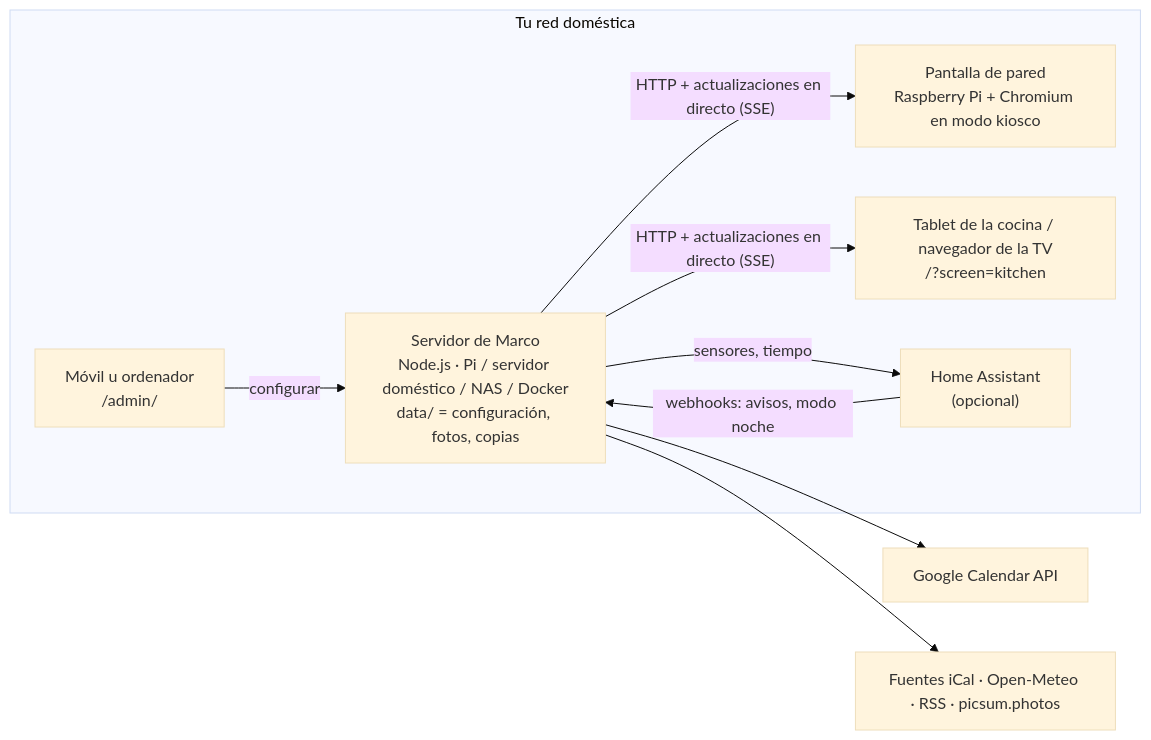
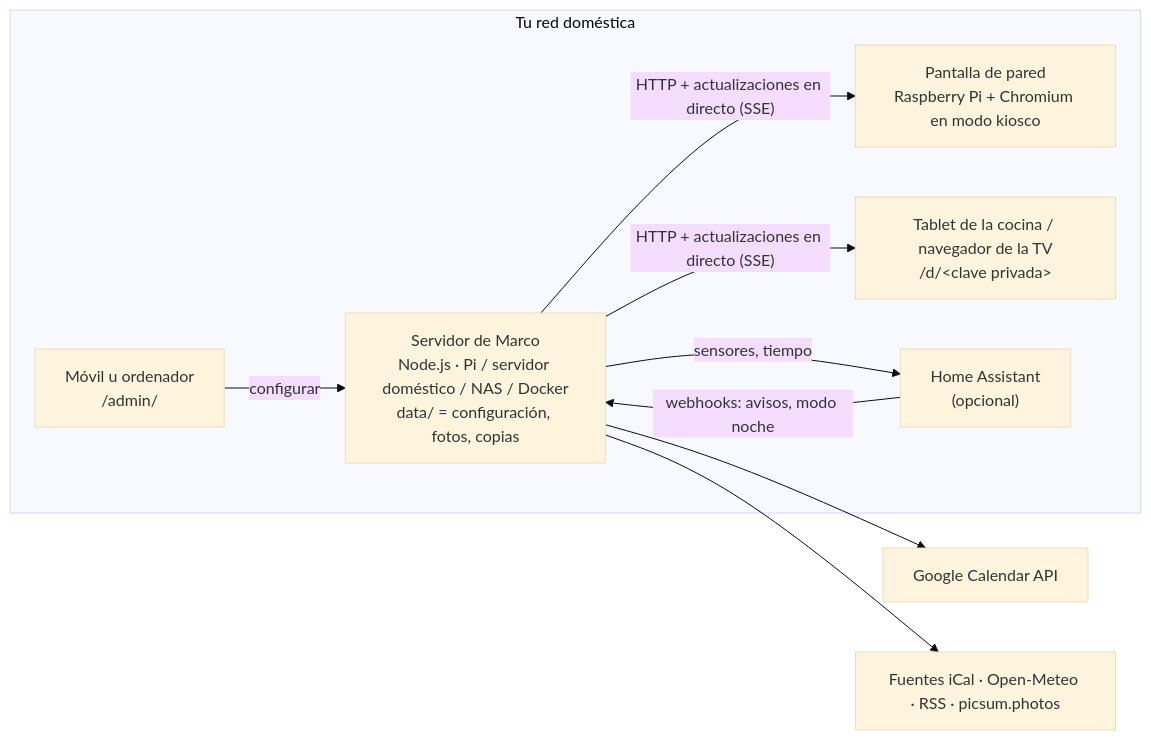
The diagram in README.es.md (jhonatanosanchez/marco), drawn with Mermaid (base theme) before and after one commit. The commit also changed other lines of this file and 58 other files, not shown here.

````diff
--- a/README.es.md
+++ b/README.es.md
@@ -123,20 +126,20 @@
 ```mermaid
 flowchart LR
   subgraph home["Tu red doméstica"]
     server["Servidor de Marco<br/>Node.js · Pi / servidor doméstico / NAS / Docker<br/>data/ = configuración, fotos, copias"]
     tv["Pantalla de pared<br/>Raspberry Pi + Chromium en modo kiosco"]
-    tablet["Tablet de la cocina / navegador de la TV<br/>/?screen=kitchen"]
+    tablet["Tablet de la cocina / navegador de la TV<br/>/d/&lt;clave privada&gt;"]
     phone["Móvil u ordenador<br/>/admin/"]
     ha["Home Assistant<br/>(opcional)"]
   end
   google["Google Calendar API"]
   feeds["Fuentes iCal · Open-Meteo · RSS · picsum.photos"]
 
   server -- "HTTP + actualizaciones en directo (SSE)" --> tv
   server -- "HTTP + actualizaciones en directo (SSE)" --> tablet
   phone -- "configurar" --> server
   ha -- "webhooks: avisos, modo noche" --> server
   server -- "sensores, tiempo" --> ha
   server --> google
   server --> feeds
 ```
````
